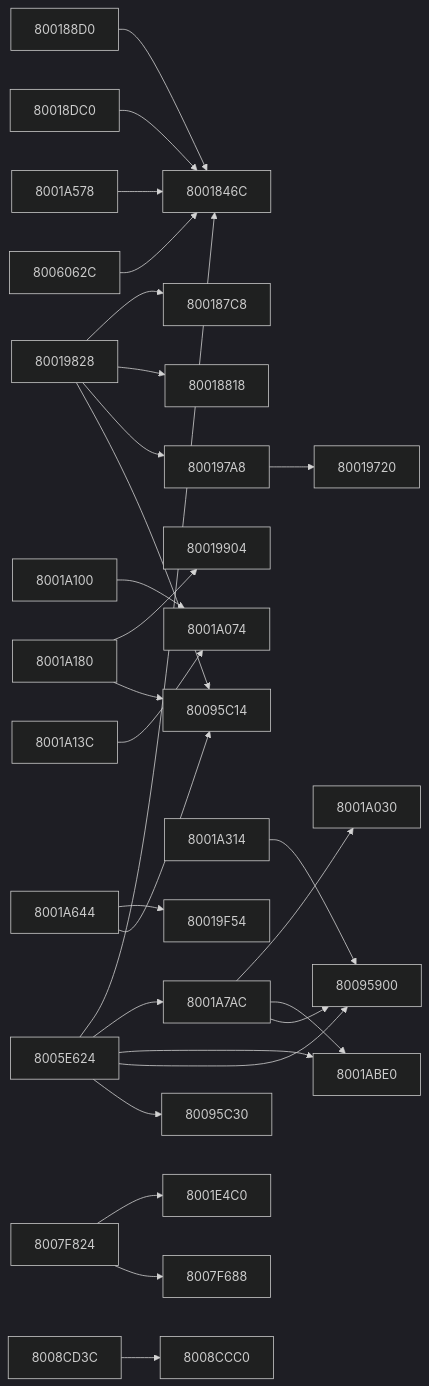
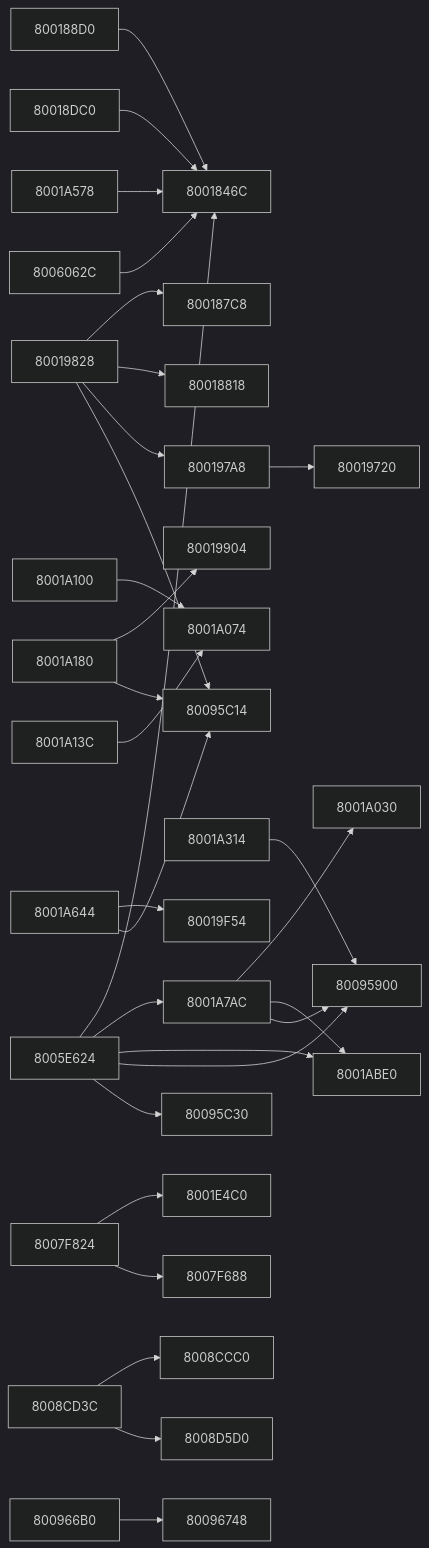
Before and after one commit to kai-luni/Future-Cop-L.A.P.D-PS1: the tenth of 11 diagrams in docs/FUNCTION_MAP.md, drawn with Mermaid (dark theme). The commit also changed other lines of this file, not shown here.

````diff
--- a/docs/FUNCTION_MAP.md
+++ b/docs/FUNCTION_MAP.md
@@ -4356,60 +4781,65 @@
 ```mermaid
 graph LR
     f800188d0 --> f8001846c
     f80018dc0 --> f8001846c
     f800197a8 --> f80019720
     f80019828 --> f800187c8
     f80019828 --> f80018818
     f80019828 --> f800197a8
     f80019828 --> f80095c14
     f8001a100 --> f8001a074
     f8001a13c --> f8001a074
     f8001a180 --> f80019904
     f8001a180 --> f80095c14
     f8001a314 --> f80095900
     f8001a578 --> f8001846c
     f8001a644 --> f80019f54
     f8001a644 --> f80095c14
     f8001a7ac --> f8001a030
     f8001a7ac --> f8001abe0
     f8001a7ac --> f80095900
     f8005e624 --> f8001846c
     f8005e624 --> f8001a7ac
     f8005e624 --> f8001abe0
     f8005e624 --> f80095900
     f8005e624 --> f80095c30
     f8006062c --> f8001846c
     f8007f824 --> f8001e4c0
     f8007f824 --> f8007f688
     f8008cd3c --> f8008ccc0
+    f8008cd3c --> f8008d5d0
+    f800966b0 --> f80096748
     f8001846c["8001846C"]
     f800187c8["800187C8"]
     f80018818["80018818"]
     f800188d0["800188D0"]
     f80018dc0["80018DC0"]
     f80019720["80019720"]
     f800197a8["800197A8"]
     f80019828["80019828"]
     f80019904["80019904"]
     f80019f54["80019F54"]
     f8001a030["8001A030"]
     f8001a074["8001A074"]
     f8001a100["8001A100"]
     f8001a13c["8001A13C"]
     f8001a180["8001A180"]
     f8001a314["8001A314"]
     f8001a578["8001A578"]
     f8001a644["8001A644"]
     f8001a7ac["8001A7AC"]
     f8001abe0["8001ABE0"]
     f8001e4c0["8001E4C0"]
     f8005e624["8005E624"]
     f8006062c["8006062C"]
     f8007f688["8007F688"]
     f8007f824["8007F824"]
     f8008ccc0["8008CCC0"]
     f8008cd3c["8008CD3C"]
+    f8008d5d0["8008D5D0"]
     f80095900["80095900"]
     f80095c14["80095C14"]
     f80095c30["80095C30"]
+    f800966b0["800966B0"]
+    f80096748["80096748"]
 ```
````
